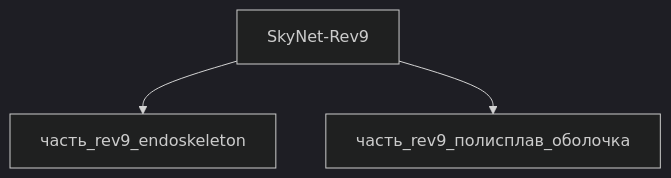
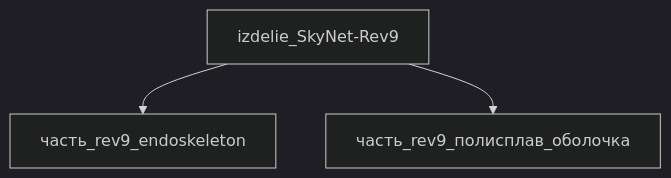
The diagram in работа и и/изделия/каркас/rev9/_index.md (a-m-e-n-t-e-t/SkyNet), drawn with Mermaid (dark theme) before and after one commit. The commit also changed other lines of this file and 4 other files, not shown here.

````diff
--- a/работа и и/изделия/каркас/rev9/_index.md
+++ b/работа и и/изделия/каркас/rev9/_index.md
@@ -59,8 +142,8 @@
 ```mermaid
 graph TD
-    Rev9["SkyNet-Rev9"]
-    rev9_endoskeleton["часть_rev9_endoskeleton"]
-    Rev9 --> rev9_endoskeleton
-    rev9_полисплав_оболочка["часть_rev9_полисплав_оболочка"]
-    Rev9 --> rev9_полисплав_оболочка
+    izdelie_SkyNet_Rev9["izdelie_SkyNet-Rev9"]
+    ______rev9_endoskeleton["часть_rev9_endoskeleton"]
+    izdelie_SkyNet_Rev9 --> ______rev9_endoskeleton
+    ______rev9___________________["часть_rev9_полисплав_оболочка"]
+    izdelie_SkyNet_Rev9 --> ______rev9___________________
 ```
````
